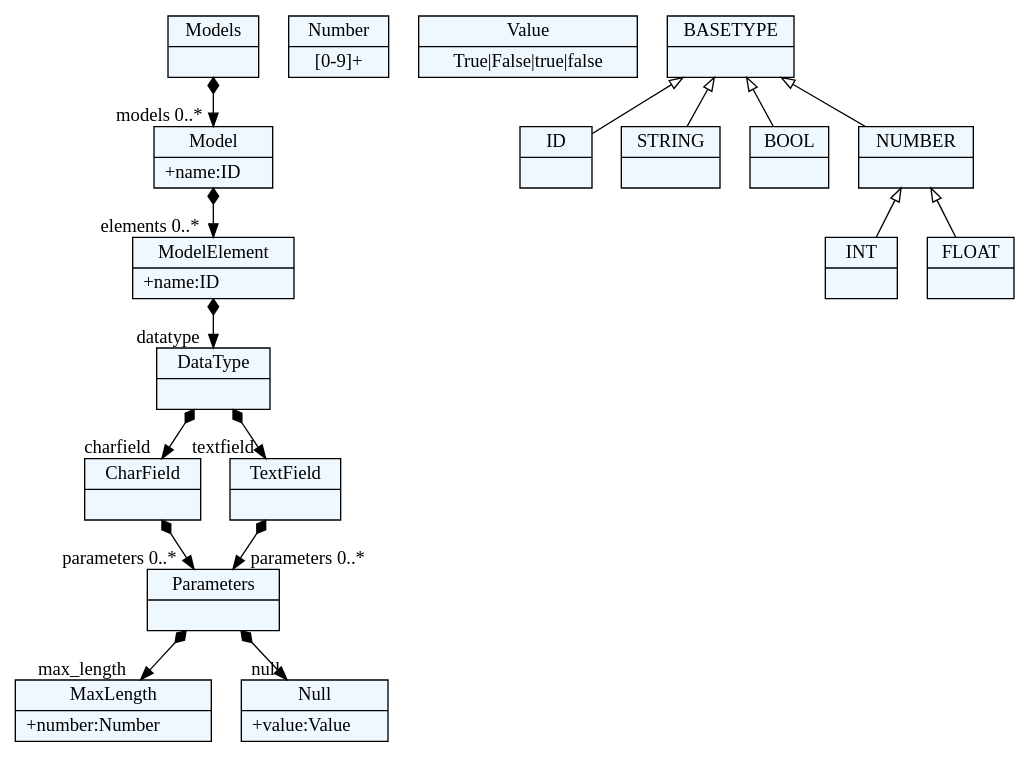
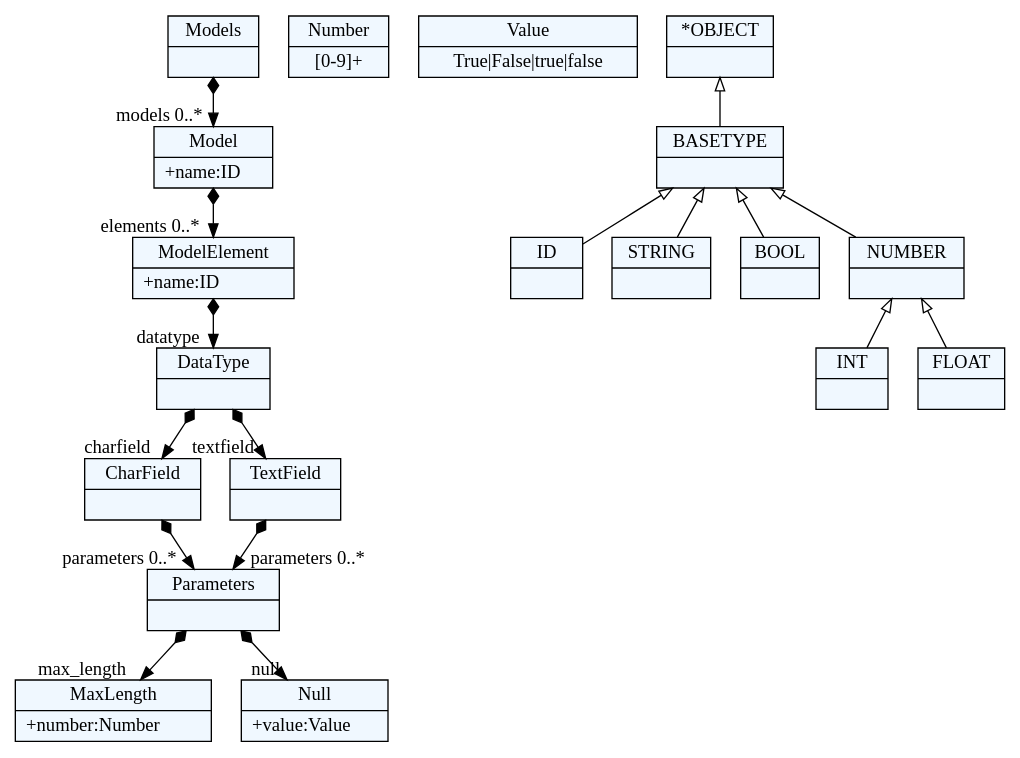
Before and after one commit to jovana992/jsd2017: the diagram in JSD/grammer.dot, drawn with Graphviz. The commit also changed 1 other file, not shown here.

```diff
--- a/JSD/grammer.dot
+++ b/JSD/grammer.dot
@@ -1,66 +1,69 @@
 
     digraph xtext {
     fontname = "Bitstream Vera Sans"
     fontsize = 8
     node[
         shape=record,
         style=filled,
         fillcolor=aliceblue
     ]
     nodesep = 0.3
     edge[dir=black,arrowtail=empty]
 
 
-48536384 -> 48536856[arrowtail=diamond, dir=both, headlabel="models 0..*"]
-48536384[ label="{Models|}"]
+2022436901160 -> 2022436894552[arrowtail=diamond, dir=both, headlabel="models 0..*"]
+2022436901160[ label="{Models|}"]
 
-48536856 -> 48713776[arrowtail=diamond, dir=both, headlabel="elements 0..*"]
-48536856[ label="{Model|+name:ID\l}"]
+2022436894552 -> 2022436907768[arrowtail=diamond, dir=both, headlabel="elements 0..*"]
+2022436894552[ label="{Model|+name:ID\l}"]
 
-48713776 -> 48714248[arrowtail=diamond, dir=both, headlabel="datatype "]
-48713776[ label="{ModelElement|+name:ID\l}"]
+2022436907768 -> 2022436886056[arrowtail=diamond, dir=both, headlabel="datatype "]
+2022436907768[ label="{ModelElement|+name:ID\l}"]
 
-48714248 -> 48714720[arrowtail=diamond, dir=both, headlabel="charfield "]
-48714248 -> 48715192[arrowtail=diamond, dir=both, headlabel="textfield "]
-48714248[ label="{DataType|}"]
+2022436886056 -> 2022436903048[arrowtail=diamond, dir=both, headlabel="charfield "]
+2022436886056 -> 2022436913432[arrowtail=diamond, dir=both, headlabel="textfield "]
+2022436886056[ label="{DataType|}"]
 
-48714720 -> 48715664[arrowtail=diamond, dir=both, headlabel="parameters 0..*"]
-48714720[ label="{CharField|}"]
+2022436903048 -> 2022436883224[arrowtail=diamond, dir=both, headlabel="parameters 0..*"]
+2022436903048[ label="{CharField|}"]
 
-48715192 -> 48715664[arrowtail=diamond, dir=both, headlabel="parameters 0..*"]
-48715192[ label="{TextField|}"]
+2022436913432 -> 2022436883224[arrowtail=diamond, dir=both, headlabel="parameters 0..*"]
+2022436913432[ label="{TextField|}"]
 
-48715664 -> 48716136[arrowtail=diamond, dir=both, headlabel="max_length "]
-48715664 -> 48717080[arrowtail=diamond, dir=both, headlabel="null "]
-48715664[ label="{Parameters|}"]
+2022436883224 -> 2022436916264[arrowtail=diamond, dir=both, headlabel="max_length "]
+2022436883224 -> 2022436926648[arrowtail=diamond, dir=both, headlabel="null "]
+2022436883224[ label="{Parameters|}"]
 
-48716136[ label="{MaxLength|+number:Number\l}"]
+2022436916264[ label="{MaxLength|+number:Number\l}"]
 
-48716608[ label="{Number|[0-9]+}"]
+2022436918152[ label="{Number|[0-9]+}"]
 
-48717080[ label="{Null|+value:Value\l}"]
+2022436926648[ label="{Null|+value:Value\l}"]
 
-48746544[ label="{Value|True\|False\|true\|false}"]
+2022436903992[ label="{Value|True\|False\|true\|false}"]
 
-48528664[ label="{ID|}"]
+2022436083832[ label="{ID|}"]
 
-48533552[ label="{STRING|}"]
+2022436893608[ label="{STRING|}"]
 
-48534024[ label="{BOOL|}"]
+2022436888888[ label="{BOOL|}"]
 
-48534496[ label="{INT|}"]
+2022436889832[ label="{INT|}"]
 
-48534968[ label="{FLOAT|}"]
+2022436904936[ label="{FLOAT|}"]
 
-48535440[ label="{NUMBER|}"]
-48535440 -> 48534968 [dir=back]
-48535440 -> 48534496 [dir=back]
+2022436899272[ label="{NUMBER|}"]
+2022436899272 -> 2022436904936 [dir=back]
+2022436899272 -> 2022436889832 [dir=back]
 
-48535912[ label="{BASETYPE|}"]
-48535912 -> 48535440 [dir=back]
-48535912 -> 48534024 [dir=back]
-48535912 -> 48528664 [dir=back]
-48535912 -> 48533552 [dir=back]
+2022436900216[ label="{BASETYPE|}"]
+2022436900216 -> 2022436899272 [dir=back]
+2022436900216 -> 2022436888888 [dir=back]
+2022436900216 -> 2022436083832 [dir=back]
+2022436900216 -> 2022436893608 [dir=back]
+
+2022436908712[ label="{*OBJECT|}"]
+2022436908712 -> 2022436900216 [dir=back]
 
 
 }
```
